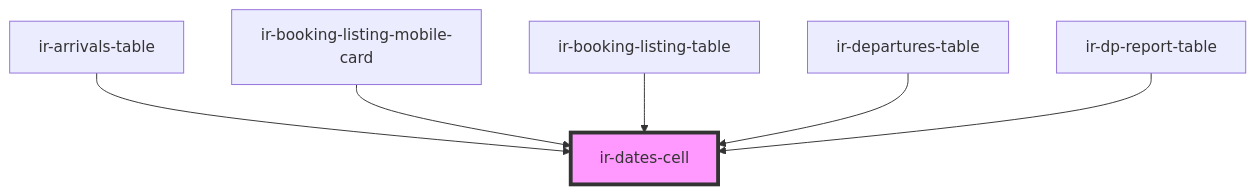
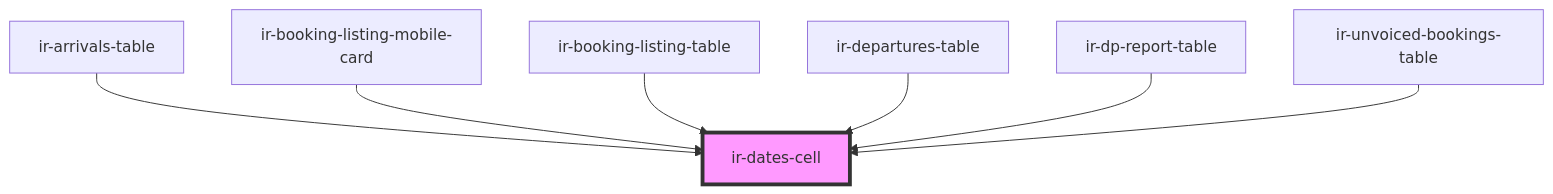
One commit to RonyRizk/ir-webcmp changed the diagram in src/components/table-cells/booking/ir-dates-cell/readme.md. Above: the diagram before and after it, drawn with Mermaid. The commit also changed other lines of this file and 244 other files, not shown here.

````diff
--- a/src/components/table-cells/booking/ir-dates-cell/readme.md
+++ b/src/components/table-cells/booking/ir-dates-cell/readme.md
@@ -33,9 +42,10 @@
 ```mermaid
 graph TD;
   ir-arrivals-table --> ir-dates-cell
   ir-booking-listing-mobile-card --> ir-dates-cell
   ir-booking-listing-table --> ir-dates-cell
   ir-departures-table --> ir-dates-cell
   ir-dp-report-table --> ir-dates-cell
+  ir-unvoiced-bookings-table --> ir-dates-cell
   style ir-dates-cell fill:#f9f,stroke:#333,stroke-width:4px
 ```
````
